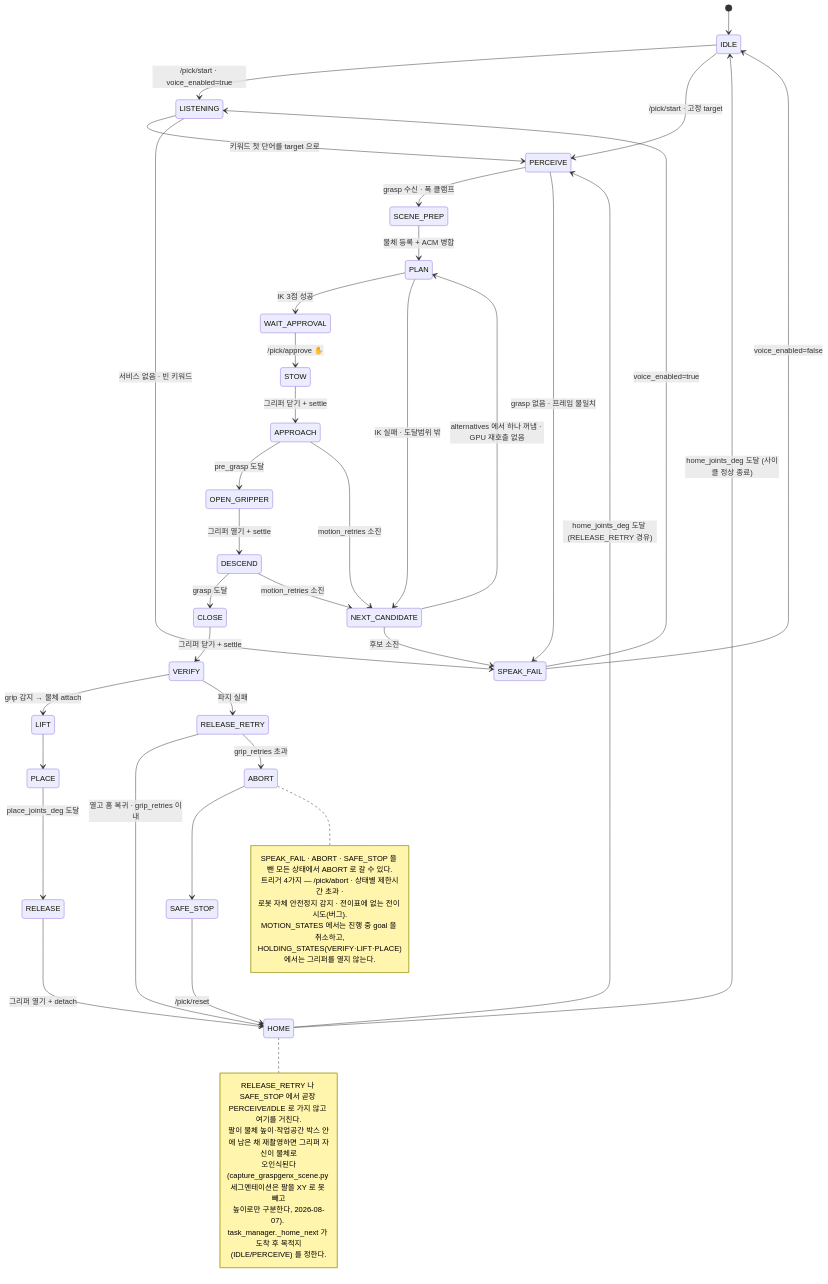
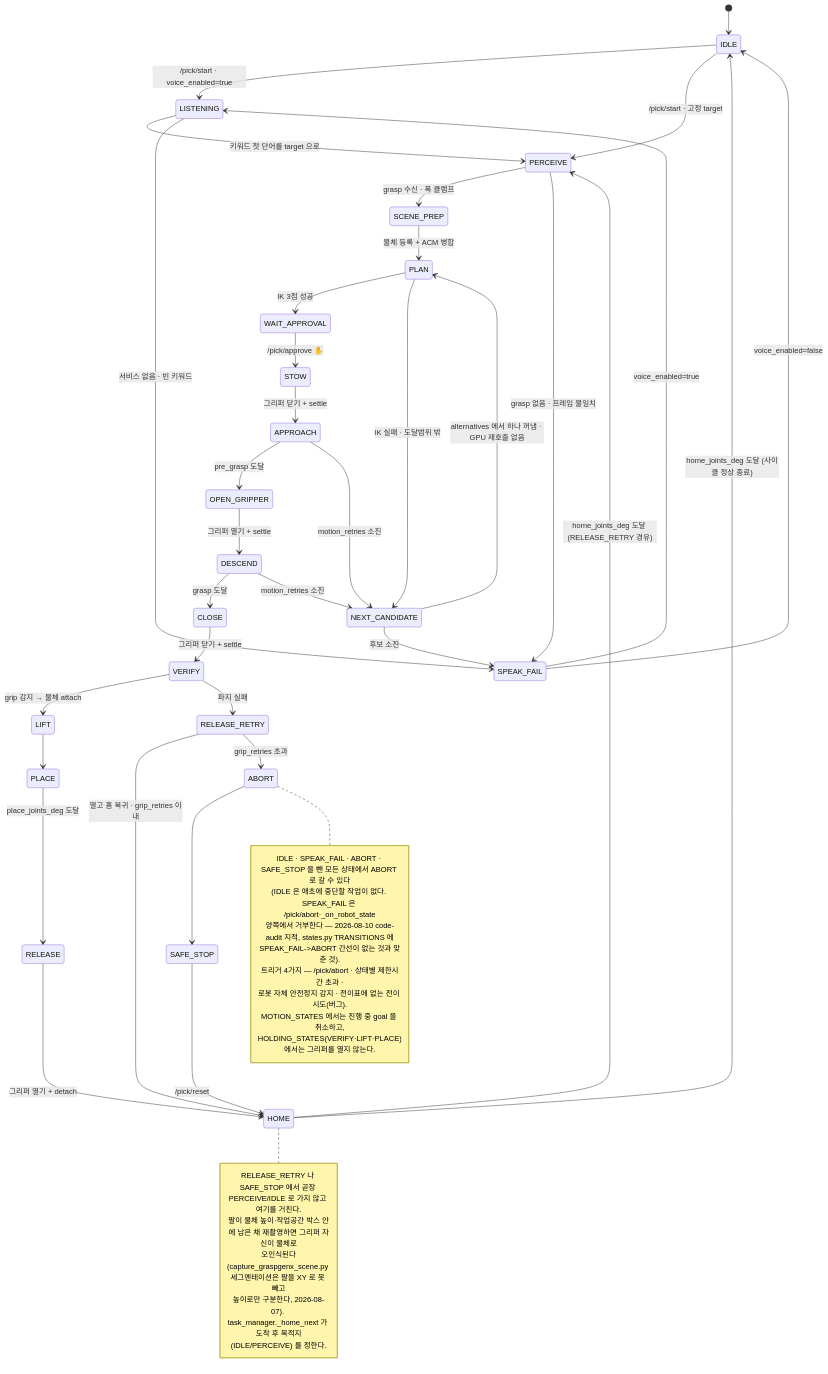
One commit to gwanhuiGIM/Rokey_cobot2_ws changed the second of 2 diagrams in src/PACKAGES.md. Above: the diagram before and after it, drawn with Mermaid. The commit also changed other lines of this file and 19 other files, not shown here.

````diff
--- a/src/PACKAGES.md
+++ b/src/PACKAGES.md
@@ -1119,57 +1118,60 @@
 ```mermaid
 stateDiagram-v2
     [*] --> IDLE
 
     IDLE --> LISTENING : /pick/start · voice_enabled=true
     IDLE --> PERCEIVE : /pick/start · 고정 target
     LISTENING --> PERCEIVE : 키워드 첫 단어를 target 으로
     LISTENING --> SPEAK_FAIL : 서비스 없음 · 빈 키워드
     PERCEIVE --> SCENE_PREP : grasp 수신 · 폭 클램프
     PERCEIVE --> SPEAK_FAIL : grasp 없음 · 프레임 불일치
     SCENE_PREP --> PLAN : 물체 등록 + ACM 병합
     PLAN --> WAIT_APPROVAL : IK 3점 성공
     WAIT_APPROVAL --> STOW : /pick/approve ✋
     STOW --> APPROACH : 그리퍼 닫기 + settle
 
     APPROACH --> OPEN_GRIPPER : pre_grasp 도달
     OPEN_GRIPPER --> DESCEND : 그리퍼 열기 + settle
     DESCEND --> CLOSE : grasp 도달
     CLOSE --> VERIFY : 그리퍼 닫기 + settle
     VERIFY --> LIFT : grip 감지 → 물체 attach
     LIFT --> PLACE
     PLACE --> RELEASE : place_joints_deg 도달
     RELEASE --> HOME : 그리퍼 열기 + detach
     HOME --> IDLE : home_joints_deg 도달 (사이클 정상 종료)
     HOME --> PERCEIVE : home_joints_deg 도달 (RELEASE_RETRY 경유)
 
     PLAN --> NEXT_CANDIDATE : IK 실패 · 도달범위 밖
     APPROACH --> NEXT_CANDIDATE : motion_retries 소진
     DESCEND --> NEXT_CANDIDATE : motion_retries 소진
     NEXT_CANDIDATE --> PLAN : alternatives 에서 하나 꺼냄 · GPU 재호출 없음
     NEXT_CANDIDATE --> SPEAK_FAIL : 후보 소진
 
     VERIFY --> RELEASE_RETRY : 파지 실패
     RELEASE_RETRY --> HOME : 열고 홈 복귀 · grip_retries 이내
     RELEASE_RETRY --> ABORT : grip_retries 초과
 
     SPEAK_FAIL --> LISTENING : voice_enabled=true
     SPEAK_FAIL --> IDLE : voice_enabled=false
     ABORT --> SAFE_STOP
     SAFE_STOP --> HOME : /pick/reset
 
     note right of HOME
         RELEASE_RETRY 나 SAFE_STOP 에서 곧장 PERCEIVE/IDLE 로 가지 않고 여기를 거친다.
         팔이 물체 높이·작업공간 박스 안에 남은 채 재촬영하면 그리퍼 자신이 물체로
         오인식된다(capture_graspgenx_scene.py 세그멘테이션은 팔을 XY 로 못 빼고
         높이로만 구분한다, 2026-08-07). task_manager._home_next 가 도착 후 목적지
         (IDLE/PERCEIVE) 를 정한다.
     end note
 
     note right of ABORT
-        SPEAK_FAIL · ABORT · SAFE_STOP 을 뺀 모든 상태에서 ABORT 로 갈 수 있다.
+        IDLE · SPEAK_FAIL · ABORT · SAFE_STOP 을 뺀 모든 상태에서 ABORT 로 갈 수 있다
+        (IDLE 은 애초에 중단할 작업이 없다. SPEAK_FAIL 은 /pick/abort·_on_robot_state
+        양쪽에서 거부한다 — 2026-08-10 code-audit 지적, states.py TRANSITIONS 에
+        SPEAK_FAIL->ABORT 간선이 없는 것과 맞춘 것).
         트리거 4가지 — /pick/abort · 상태별 제한시간 초과 ·
         로봇 자체 안전정지 감지 · 전이표에 없는 전이 시도(버그).
         MOTION_STATES 에서는 진행 중 goal 을 취소하고,
         HOLDING_STATES(VERIFY·LIFT·PLACE)에서는 그리퍼를 열지 않는다.
     end note
 ```
````
